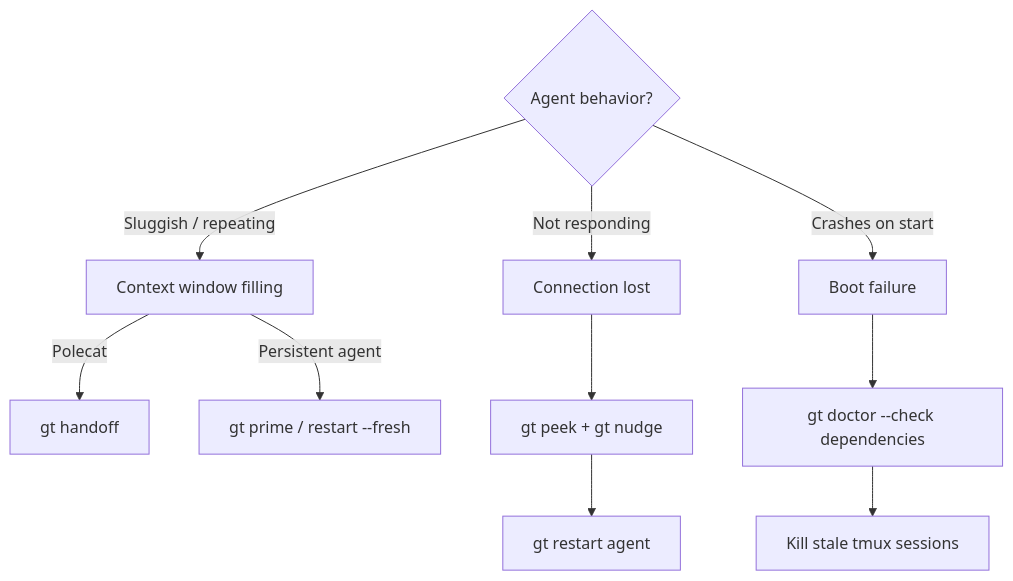
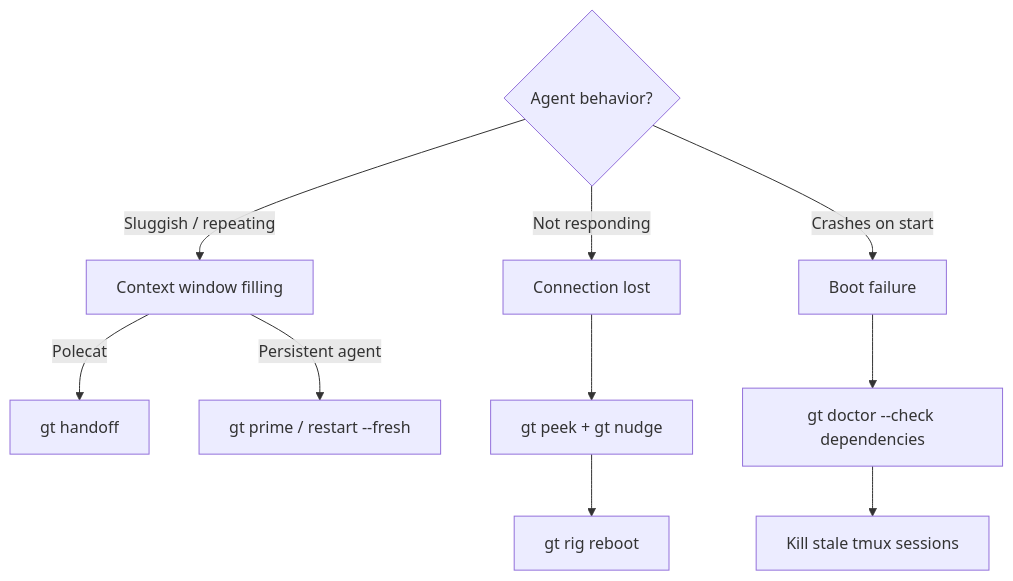
The second of 5 diagrams in docs/operations/troubleshooting.md (thanakijwanavit/gastown-docs), drawn with Mermaid before and after one commit. The commit also changed other lines of this file and 67 other files, not shown here.

Commit message:
Raise test 47 threshold: doc Mermaid diagrams from 4 to 5

````diff
--- a/docs/operations/troubleshooting.md
+++ b/docs/operations/troubleshooting.md
@@ -476,13 +476,13 @@
 ```mermaid
 flowchart TD
     SYMPTOM{Agent behavior?}
     SYMPTOM -->|Sluggish / repeating| CW[Context window filling]
     SYMPTOM -->|Not responding| CONN[Connection lost]
     SYMPTOM -->|Crashes on start| BOOT[Boot failure]
     CW -->|Polecat| HANDOFF["gt handoff"]
     CW -->|Persistent agent| PRIME["gt prime / restart --fresh"]
     CONN --> PEEK["gt peek + gt nudge"]
-    PEEK --> RESTART["gt restart agent"]
+    PEEK --> RESTART["gt rig reboot"]
     BOOT --> DEPS["gt doctor --check dependencies"]
     DEPS --> TMUX["Kill stale tmux sessions"]
 ```
````
